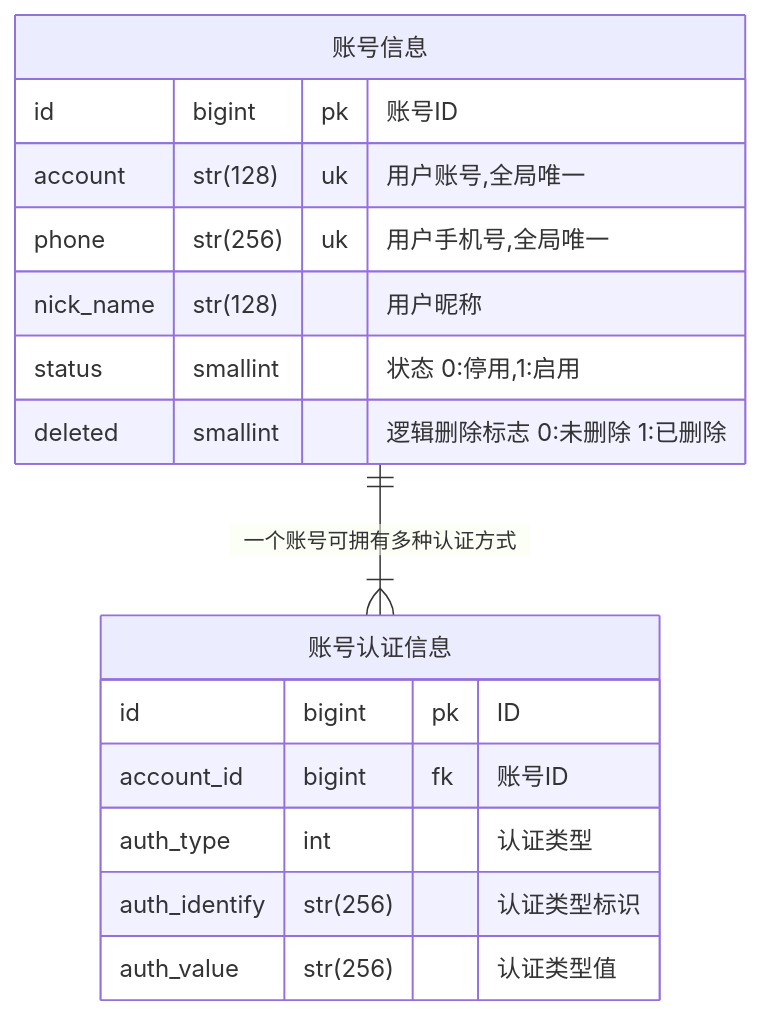
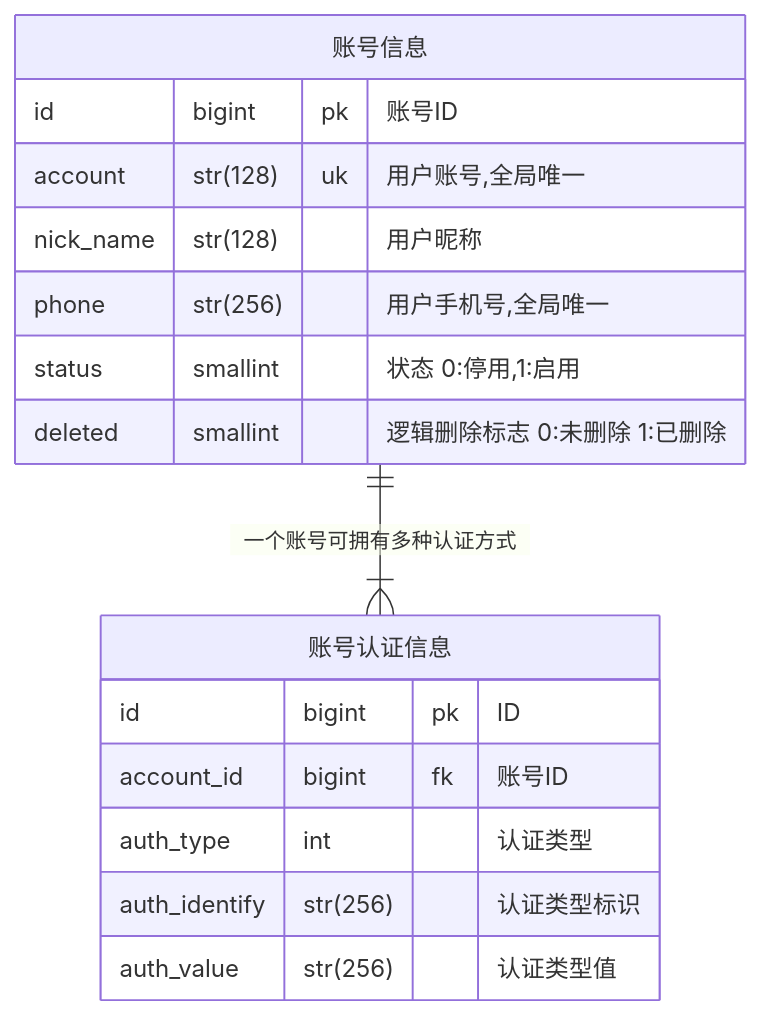
The diagram in README.md (joestarhu/OneAPI), drawn with Mermaid before and after one commit. The commit also changed 15 other files, not shown here.

````diff
--- a/README.md
+++ b/README.md
@@ -8,21 +8,21 @@
 ```mermaid
 erDiagram
 a["账号信息"]{
 	id bigint pk "账号ID"
 	account str(128) uk "用户账号,全局唯一"
-	phone str(256) uk "用户手机号,全局唯一"
 	nick_name str(128) "用户昵称"
+	phone str(256) "用户手机号,全局唯一"
 	status smallint "状态 0:停用,1:启用"
 	deleted smallint "逻辑删除标志 0:未删除 1:已删除"
 }
 
 b["账号认证信息"]{
 	id bigint pk "ID"
 	account_id bigint fk "账号ID"
 	auth_type int "认证类型"
 	auth_identify str(256) "认证类型标识"
 	auth_value str(256) "认证类型值"
 }
 
 a || -- |{b : "一个账号可拥有多种认证方式"
 ```
````
